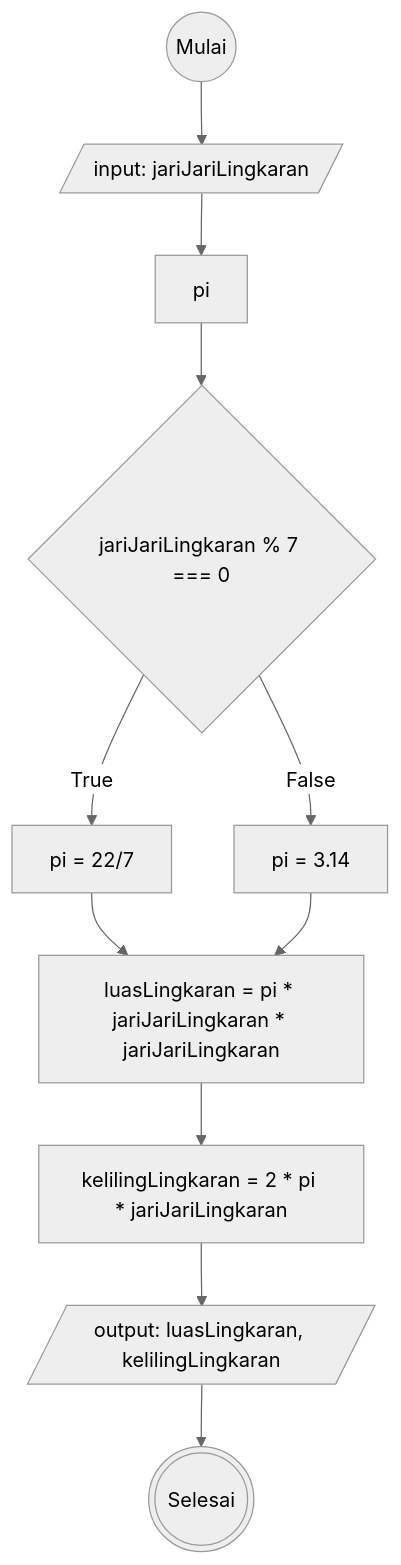
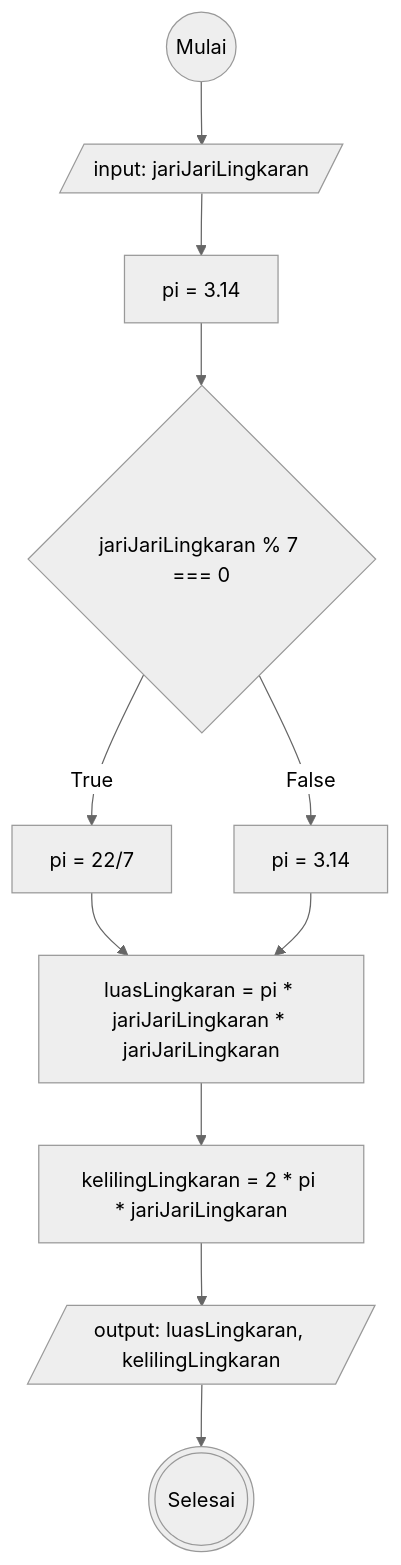
The diagram in README.md (Arif14377/koda-b6-javascript1), drawn with Mermaid (neutral theme) before and after one commit. The commit also changed 1 other file, not shown here.

````diff
--- a/README.md
+++ b/README.md
@@ -5,24 +5,24 @@
 ```mermaid
 flowchart TD
 start@{shape: circle, label: "Mulai"}
 input-r@{shape: lean-r, label: "input: jariJariLingkaran"}
-piKosong@{shape: rect, label: "pi"}
+piKosong@{shape: rect, label: "pi = 3.14"}
 pi@{shape: rect, label: "pi = 22/7"}
 pi2@{shape: rect, label: "pi = 3.14"}
 whatPi@{shape: diamond, label: "jariJariLingkaran % 7 === 0"}
 hitungLuas@{shape: rect, label: "luasLingkaran = pi * jariJariLingkaran * jariJariLingkaran"}
 hitungKeliling@{shape: rect, label: "kelilingLingkaran = 2 * pi * jariJariLingkaran"}
 output@{shape: lean-r, label: "output: luasLingkaran, kelilingLingkaran"}
 stop@{shape: dbl-circ, label: "Selesai"}
 
 start --> input-r
 input-r-->piKosong
 piKosong-->whatPi
 whatPi--True-->pi
 whatPi--False-->pi2
 pi-->hitungLuas
 pi2-->hitungLuas
 hitungLuas-->hitungKeliling
 hitungKeliling-->output
 output-->stop
 ```
````
